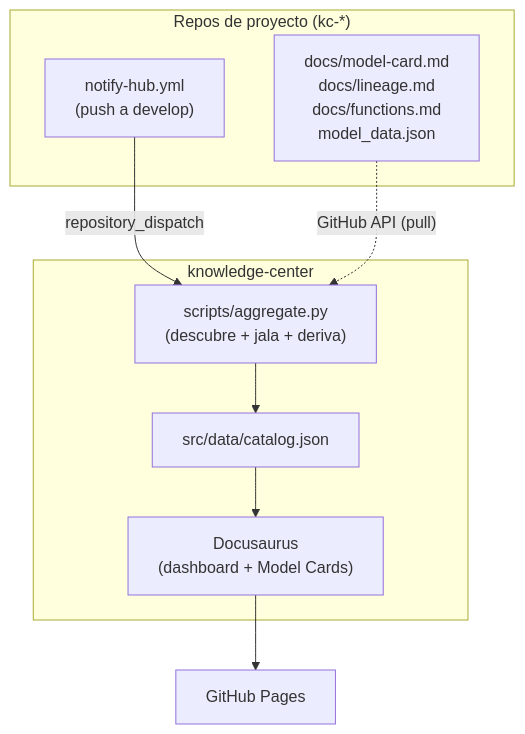
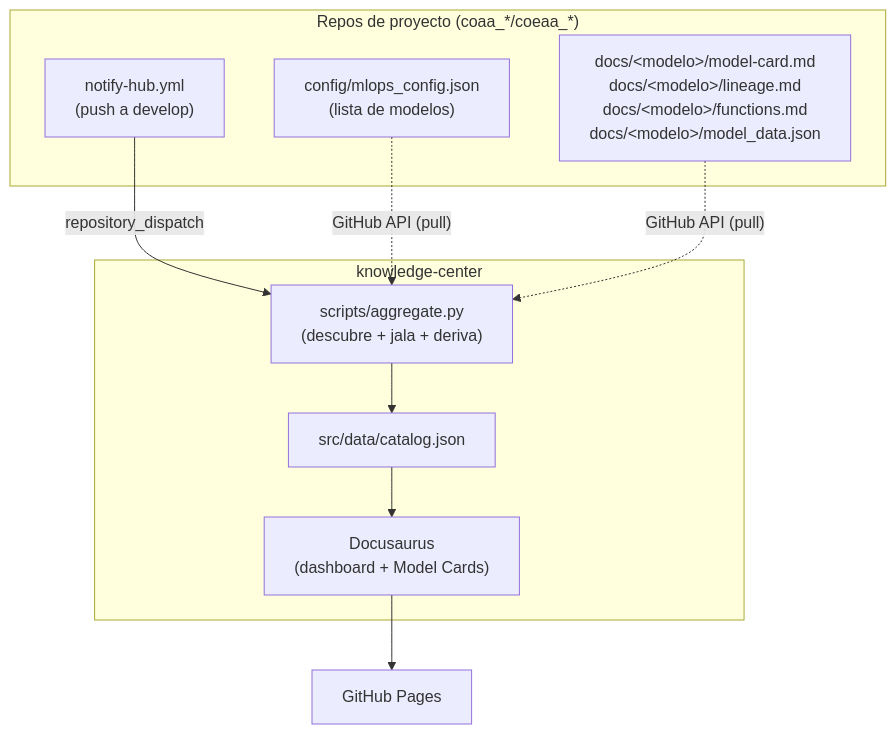
One commit to luxitoppsai/knowledge-center changed the diagram in README.md. Above: the diagram before and after it, drawn with Mermaid. The commit also changed other lines of this file and 17 other files, not shown here.

First line of the commit message:
feat: soportar N modelos por proyecto (config/mlops_config.json) + prefijos coaa_/coeaa_

````diff
--- a/README.md
+++ b/README.md
@@ -32,17 +37,19 @@
 ```mermaid
 graph TD
-  subgraph "Repos de proyecto (kc-*)"
-    D["docs/model-card.md<br/>docs/lineage.md<br/>docs/functions.md<br/>model_data.json"]
+  subgraph "Repos de proyecto (coaa_*/coeaa_*)"
+    CFG["config/mlops_config.json<br/>(lista de modelos)"]
+    D["docs/&lt;modelo&gt;/model-card.md<br/>docs/&lt;modelo&gt;/lineage.md<br/>docs/&lt;modelo&gt;/functions.md<br/>docs/&lt;modelo&gt;/model_data.json"]
     N["notify-hub.yml<br/>(push a develop)"]
   end
   subgraph "knowledge-center"
     AGG["scripts/aggregate.py<br/>(descubre + jala + deriva)"]
     CAT["src/data/catalog.json"]
     SITE["Docusaurus<br/>(dashboard + Model Cards)"]
   end
   PAGES["GitHub Pages"]
 
   N -- "repository_dispatch" --> AGG
+  CFG -. "GitHub API (pull)" .-> AGG
   D -. "GitHub API (pull)" .-> AGG
   AGG --> CAT --> SITE --> PAGES
 ```
````
